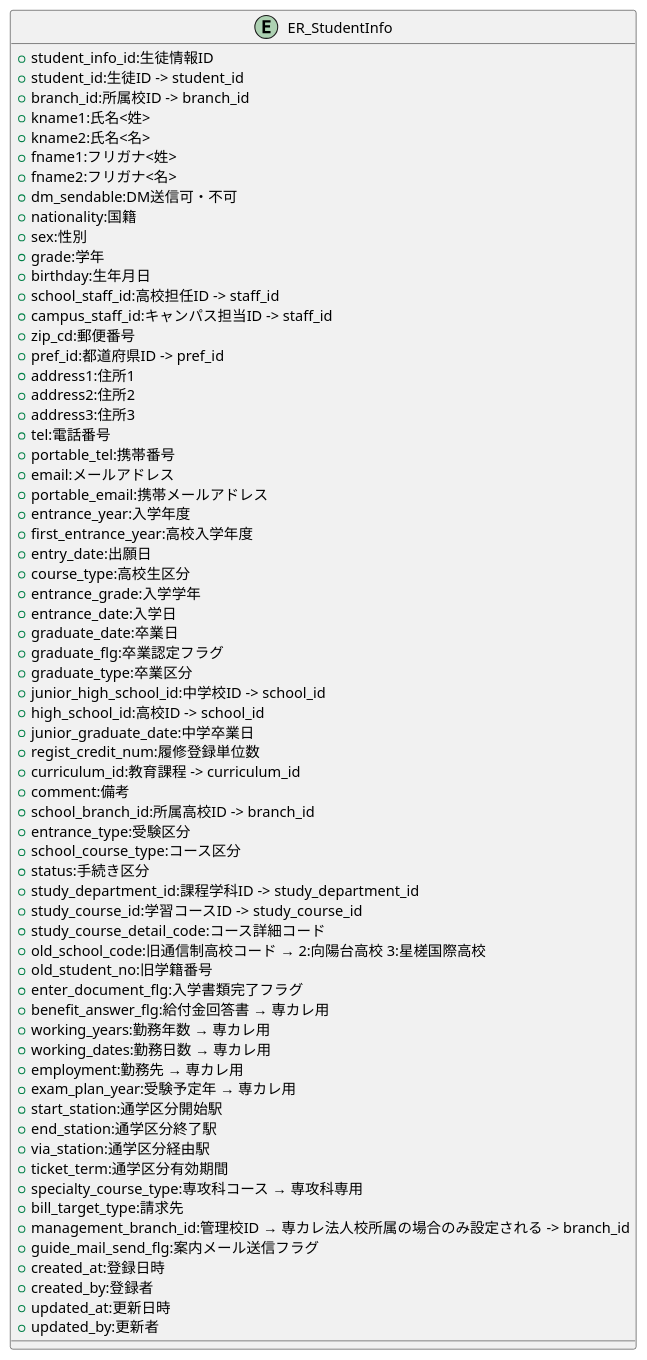
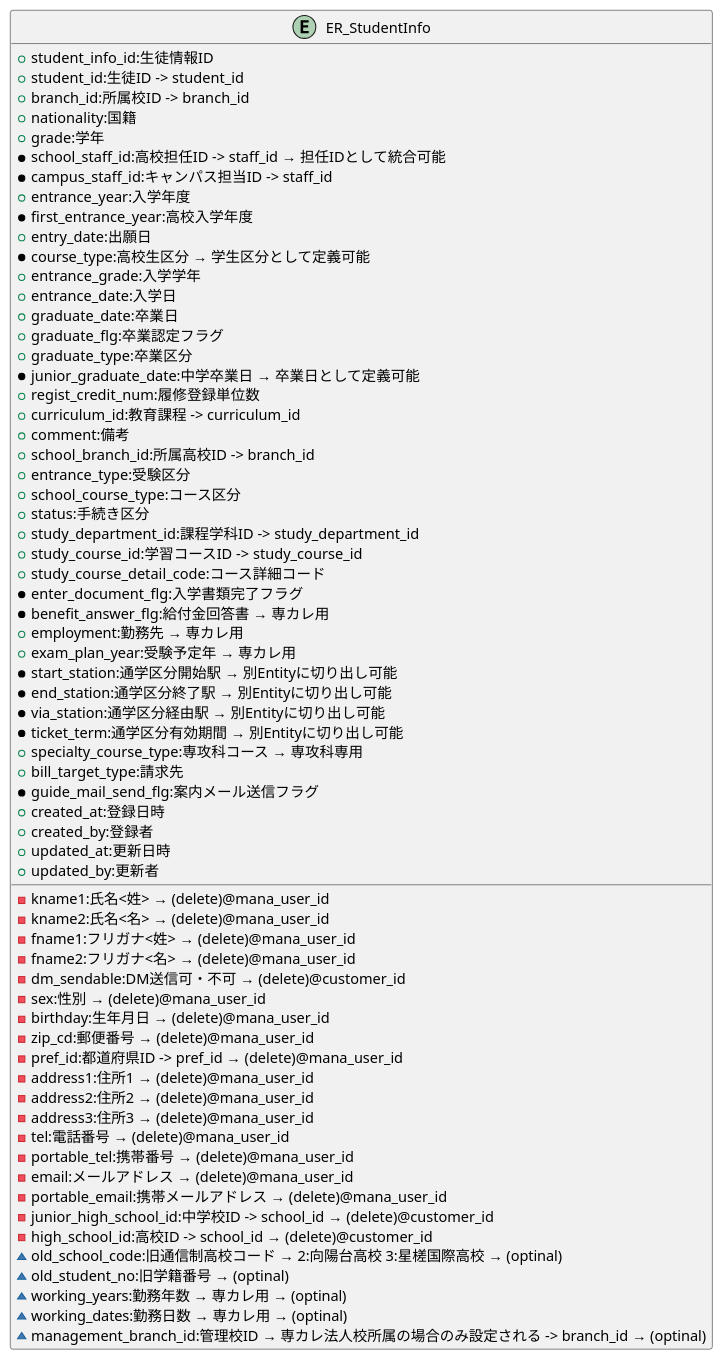
The diagram in Entity/ER_StudentInfo.pu (popoposorara/ERP_ER), drawn with PlantUML before and after one commit. The commit also changed 1 other file, not shown here.

Commit message:
fix-ER_StudentInfo

```diff
--- a/Entity/ER_StudentInfo.pu
+++ b/Entity/ER_StudentInfo.pu
@@ -1,71 +1,71 @@
 @startuml
 
 entity "ER_StudentInfo"{
     + student_info_id:生徒情報ID
     + student_id:生徒ID -> student_id
     + branch_id:所属校ID -> branch_id
-    + kname1:氏名<姓>
-    + kname2:氏名<名>
-    + fname1:フリガナ<姓>
-    + fname2:フリガナ<名>
-    + dm_sendable:DM送信可・不可
+    - kname1:氏名<姓> → (delete)@mana_user_id
+    - kname2:氏名<名> → (delete)@mana_user_id
+    - fname1:フリガナ<姓> → (delete)@mana_user_id
+    - fname2:フリガナ<名> → (delete)@mana_user_id
+    - dm_sendable:DM送信可・不可 → (delete)@customer_id
     + nationality:国籍
-    + sex:性別
+    - sex:性別 → (delete)@mana_user_id
     + grade:学年
-    + birthday:生年月日
-    + school_staff_id:高校担任ID -> staff_id
-    + campus_staff_id:キャンパス担当ID -> staff_id
-    + zip_cd:郵便番号
-    + pref_id:都道府県ID -> pref_id
-    + address1:住所1
-    + address2:住所2
-    + address3:住所3
-    + tel:電話番号
-    + portable_tel:携帯番号
-    + email:メールアドレス
-    + portable_email:携帯メールアドレス
+    - birthday:生年月日 → (delete)@mana_user_id
+    * school_staff_id:高校担任ID -> staff_id → 担任IDとして統合可能
+    * campus_staff_id:キャンパス担当ID -> staff_id
+    - zip_cd:郵便番号 → (delete)@mana_user_id
+    - pref_id:都道府県ID -> pref_id → (delete)@mana_user_id
+    - address1:住所1 → (delete)@mana_user_id
+    - address2:住所2 → (delete)@mana_user_id
+    - address3:住所3 → (delete)@mana_user_id
+    - tel:電話番号 → (delete)@mana_user_id
+    - portable_tel:携帯番号 → (delete)@mana_user_id
+    - email:メールアドレス → (delete)@mana_user_id
+    - portable_email:携帯メールアドレス → (delete)@mana_user_id
     + entrance_year:入学年度
-    + first_entrance_year:高校入学年度
+    * first_entrance_year:高校入学年度
     + entry_date:出願日
-    + course_type:高校生区分
+    * course_type:高校生区分 → 学生区分として定義可能
     + entrance_grade:入学学年
     + entrance_date:入学日
     + graduate_date:卒業日
     + graduate_flg:卒業認定フラグ
     + graduate_type:卒業区分
-    + junior_high_school_id:中学校ID -> school_id
-    + high_school_id:高校ID -> school_id
-    + junior_graduate_date:中学卒業日
+    - junior_high_school_id:中学校ID -> school_id → (delete)@customer_id
+    - high_school_id:高校ID -> school_id → (delete)@customer_id
+    * junior_graduate_date:中学卒業日 → 卒業日として定義可能
     + regist_credit_num:履修登録単位数
     + curriculum_id:教育課程 -> curriculum_id
     + comment:備考
     + school_branch_id:所属高校ID -> branch_id
     + entrance_type:受験区分
     + school_course_type:コース区分
     + status:手続き区分
     + study_department_id:課程学科ID -> study_department_id
     + study_course_id:学習コースID -> study_course_id
     + study_course_detail_code:コース詳細コード
-    + old_school_code:旧通信制高校コード → 2:向陽台高校 3:星槎国際高校
-    + old_student_no:旧学籍番号
-    + enter_document_flg:入学書類完了フラグ
-    + benefit_answer_flg:給付金回答書 → 専カレ用
-    + working_years:勤務年数 → 専カレ用
-    + working_dates:勤務日数 → 専カレ用
+    ~ old_school_code:旧通信制高校コード → 2:向陽台高校 3:星槎国際高校 → (optinal)
+    ~ old_student_no:旧学籍番号 → (optinal)
+    * enter_document_flg:入学書類完了フラグ
+    * benefit_answer_flg:給付金回答書 → 専カレ用
+    ~ working_years:勤務年数 → 専カレ用 → (optinal)
+    ~ working_dates:勤務日数 → 専カレ用 → (optinal)
     + employment:勤務先 → 専カレ用
     + exam_plan_year:受験予定年 → 専カレ用
-    + start_station:通学区分開始駅
-    + end_station:通学区分終了駅
-    + via_station:通学区分経由駅
-    + ticket_term:通学区分有効期間
+    * start_station:通学区分開始駅 → 別Entityに切り出し可能
+    * end_station:通学区分終了駅 → 別Entityに切り出し可能
+    * via_station:通学区分経由駅 → 別Entityに切り出し可能
+    * ticket_term:通学区分有効期間 → 別Entityに切り出し可能
     + specialty_course_type:専攻科コース → 専攻科専用
     + bill_target_type:請求先
-    + management_branch_id:管理校ID → 専カレ法人校所属の場合のみ設定される -> branch_id
-    + guide_mail_send_flg:案内メール送信フラグ
+    ~ management_branch_id:管理校ID → 専カレ法人校所属の場合のみ設定される -> branch_id → (optinal)
+    * guide_mail_send_flg:案内メール送信フラグ
     + created_at:登録日時
     + created_by:登録者
     + updated_at:更新日時
     + updated_by:更新者
 }
 
 @enduml
```
